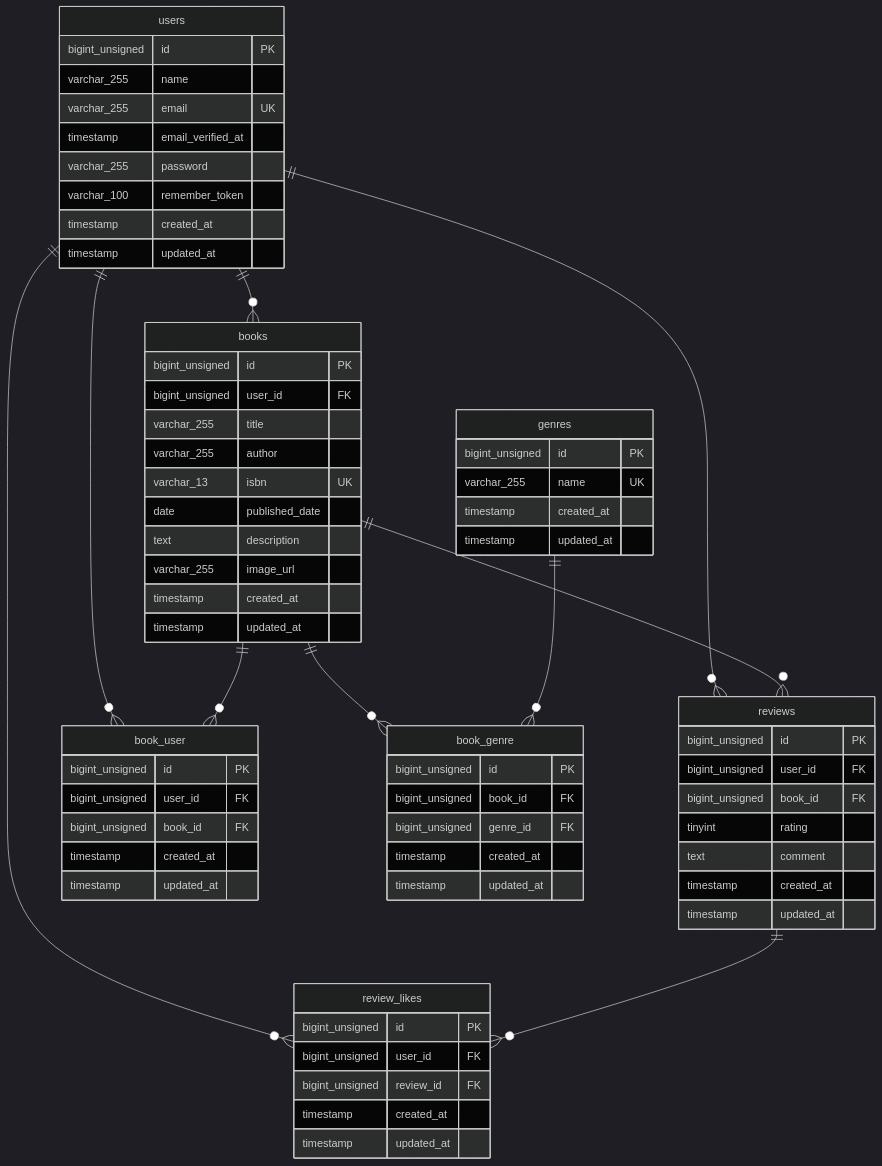
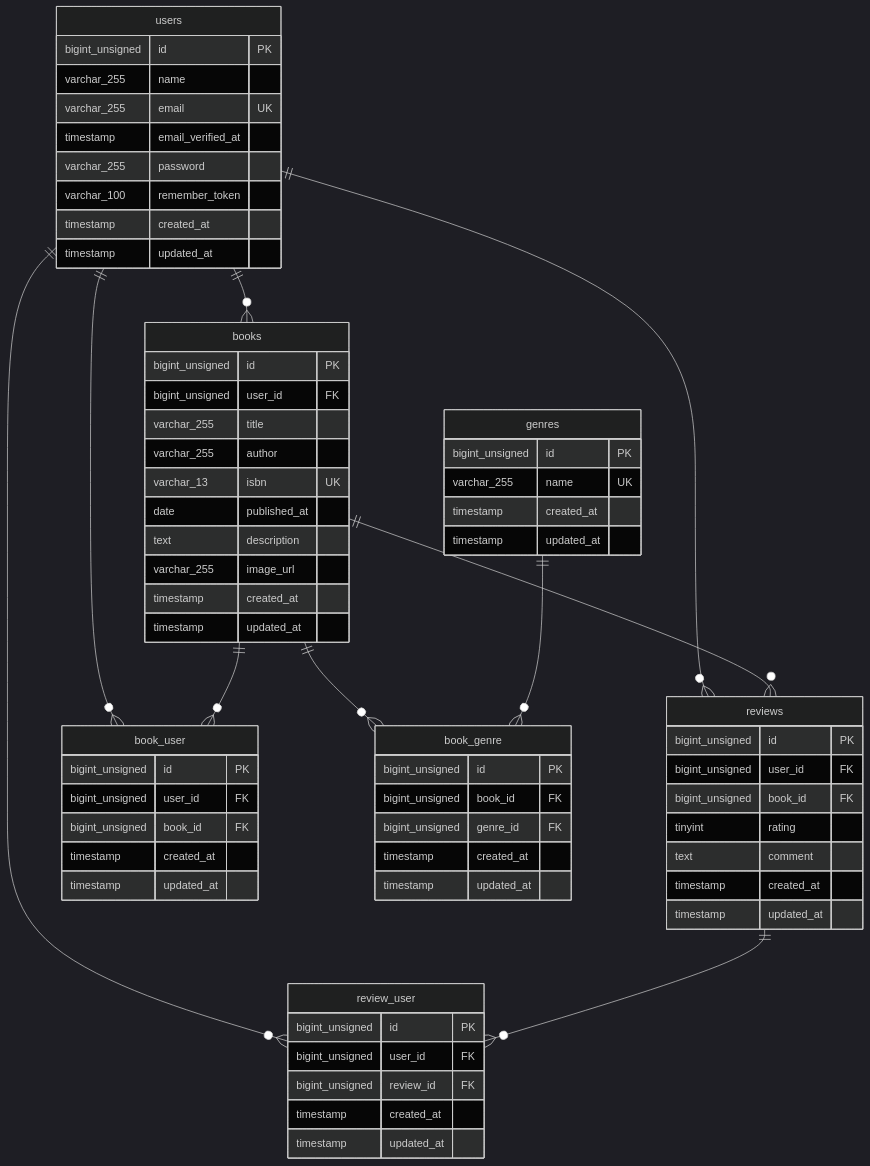
The diagram in README.md (kino-mari/bookshelf-app), drawn with Mermaid (dark theme) before and after one commit. The commit also changed 16 other files, not shown here.

````diff
--- a/README.md
+++ b/README.md
@@ -3,79 +3,79 @@
 ```mermaid
 erDiagram
     users ||--o{ books : ""
     users ||--o{ reviews : ""
     users ||--o{ book_user : ""
-    users ||--o{ review_likes : ""
+    users ||--o{ review_user : ""
 
     books ||--o{ reviews : ""
     books ||--o{ book_genre : ""
     books ||--o{ book_user : ""
 
     genres ||--o{ book_genre : ""
-    reviews ||--o{ review_likes : ""
+    reviews ||--o{ review_user : ""
 
     users {
         bigint_unsigned id PK
         varchar_255 name
         varchar_255 email UK
         timestamp email_verified_at
         varchar_255 password
         varchar_100 remember_token
         timestamp created_at
         timestamp updated_at
     }
 
     genres {
         bigint_unsigned id PK
         varchar_255 name UK
         timestamp created_at
         timestamp updated_at
     }
 
     books {
         bigint_unsigned id PK
         bigint_unsigned user_id FK
         varchar_255 title
         varchar_255 author
         varchar_13 isbn UK
-        date published_date
+        date published_at
         text description
         varchar_255 image_url
         timestamp created_at
         timestamp updated_at
     }
 
     reviews {
         bigint_unsigned id PK
         bigint_unsigned user_id FK
         bigint_unsigned book_id FK
         tinyint rating
         text comment
         timestamp created_at
         timestamp updated_at
     }
 
     book_genre {
         bigint_unsigned id PK
         bigint_unsigned book_id FK
         bigint_unsigned genre_id FK
         timestamp created_at
         timestamp updated_at
     }
 
     book_user {
         bigint_unsigned id PK
         bigint_unsigned user_id FK
         bigint_unsigned book_id FK
         timestamp created_at
         timestamp updated_at
     }
 
-    review_likes {
+    review_user {
         bigint_unsigned id PK
         bigint_unsigned user_id FK
         bigint_unsigned review_id FK
         timestamp created_at
         timestamp updated_at
     }
 ```
````
